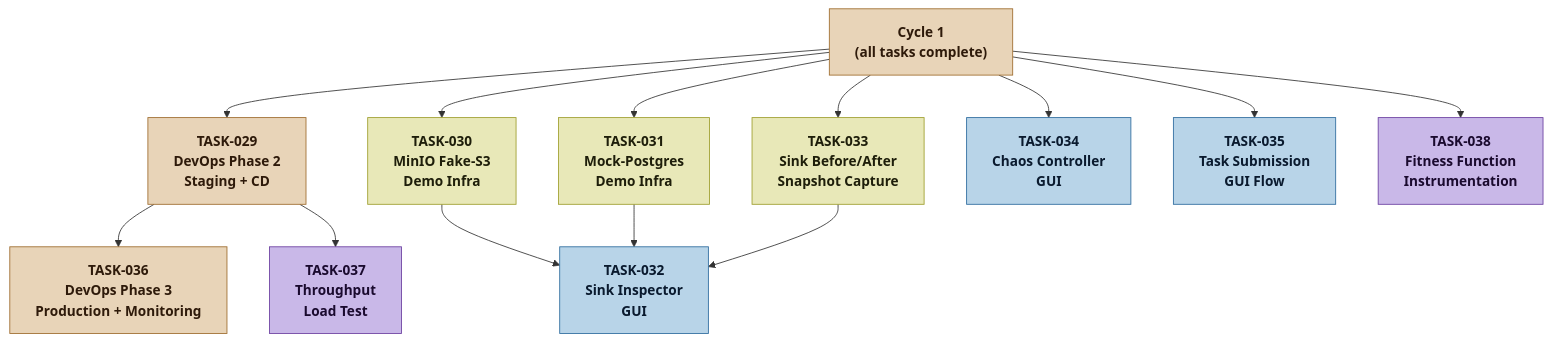
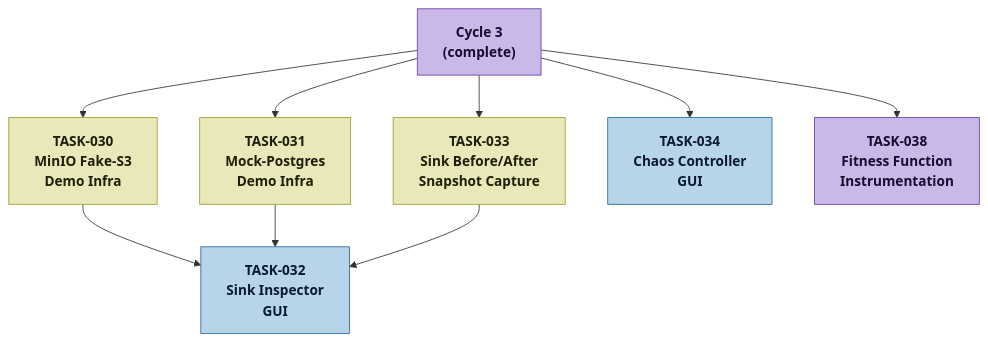
Before and after one commit to loskylp/NexusFlow: the fourth of 5 diagrams in process/planner/dependency-graph.md, drawn with Mermaid. The commit also changed other lines of this file and 11 other files, not shown here.

````diff
--- a/process/planner/dependency-graph.md
+++ b/process/planner/dependency-graph.md
@@ -127,36 +135,25 @@
 ```mermaid
 flowchart TD
-    classDef infra    fill:#e8d4b8,stroke:#9e6b2d,color:#2e1a0a,font-weight:bold
     classDef demo     fill:#e8e8b8,stroke:#9e9e2d,color:#1e1e0a,font-weight:bold
     classDef frontend fill:#b8d4e8,stroke:#2d6b9e,color:#0a1a2e,font-weight:bold
     classDef test     fill:#c9b8e8,stroke:#6b3fa0,color:#1a0a2e,font-weight:bold
 
-    C1["Cycle 1<br/>(all tasks complete)"]:::infra
+    C3["Cycle 3<br/>(complete)"]:::test
 
-    T029["TASK-029<br/>DevOps Phase 2<br/>Staging + CD"]:::infra
     T030["TASK-030<br/>MinIO Fake-S3<br/>Demo Infra"]:::demo
     T031["TASK-031<br/>Mock-Postgres<br/>Demo Infra"]:::demo
     T033["TASK-033<br/>Sink Before/After<br/>Snapshot Capture"]:::demo
     T032["TASK-032<br/>Sink Inspector<br/>GUI"]:::frontend
     T034["TASK-034<br/>Chaos Controller<br/>GUI"]:::frontend
-    T035["TASK-035<br/>Task Submission<br/>GUI Flow"]:::frontend
-    T036["TASK-036<br/>DevOps Phase 3<br/>Production + Monitoring"]:::infra
-    T037["TASK-037<br/>Throughput<br/>Load Test"]:::test
     T038["TASK-038<br/>Fitness Function<br/>Instrumentation"]:::test
 
-    C1 --> T029
-    C1 --> T030
-    C1 --> T031
-    C1 --> T033
-    C1 --> T035
-    C1 --> T038
-
-    T029 --> T036
-    T029 --> T037
+    C3 --> T030
+    C3 --> T031
+    C3 --> T033
+    C3 --> T034
+    C3 --> T038
 
     T030 --> T032
     T031 --> T032
     T033 --> T032
-
-    C1 --> T034
 ```
````
